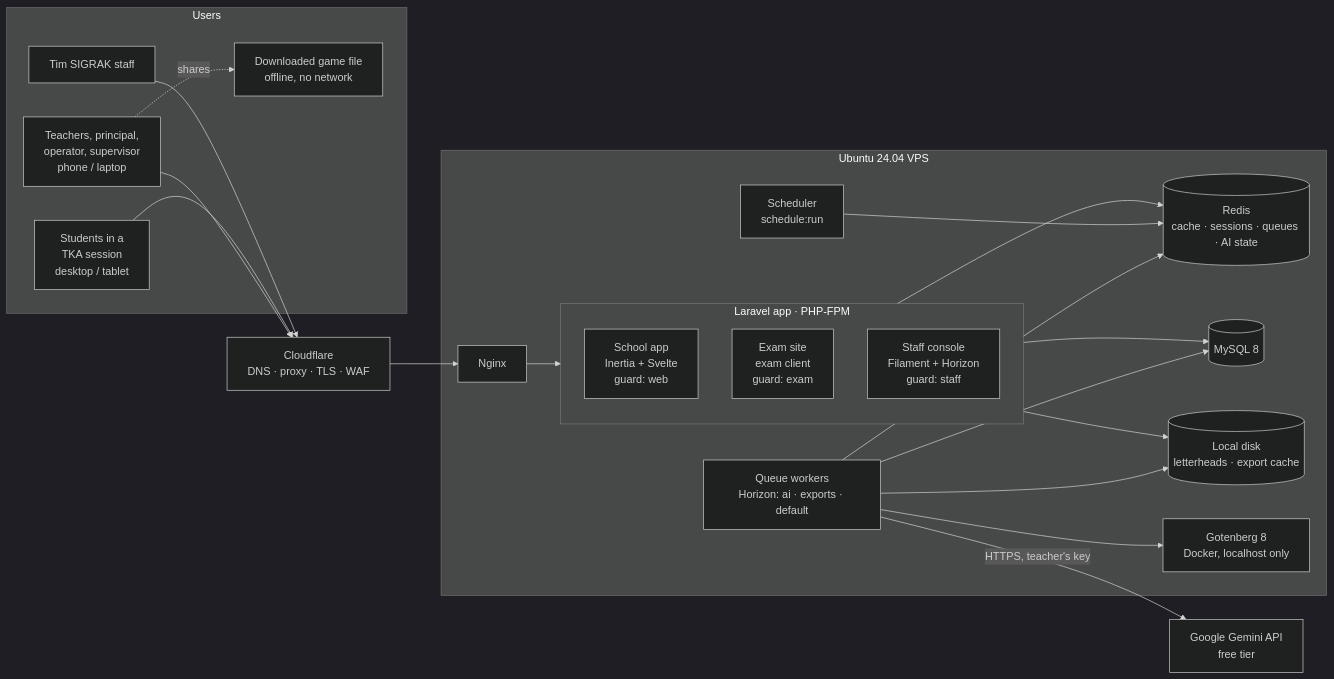
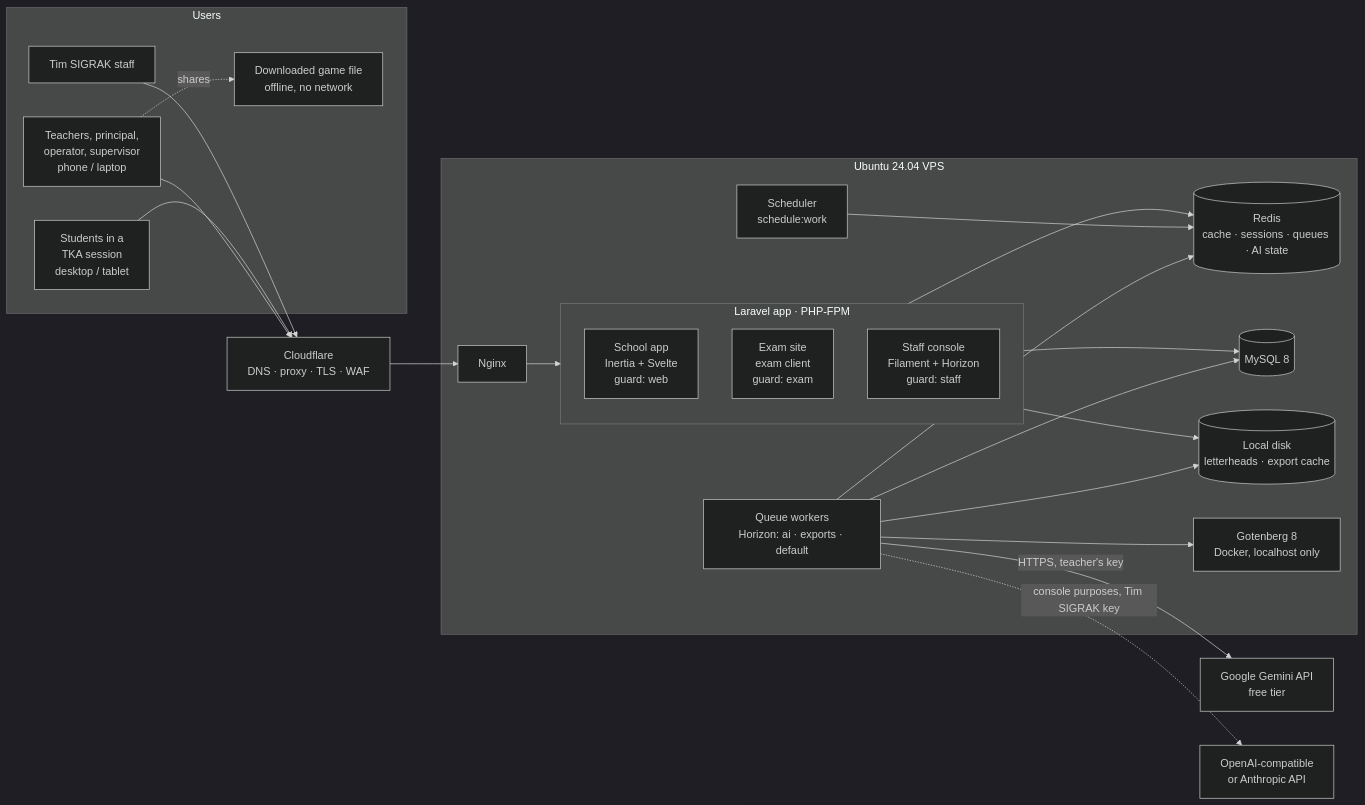
Before and after one commit to arumiforge/sinaubareng: the first of 3 diagrams in docs/pdf/src/architecture.md, drawn with Mermaid (dark theme). The commit also changed other lines of this file and 5 other files, not shown here.

Commit message:
P4-24: apply legacy upgrade, console, offline, OMR, and policy-layer decisions to architecture; scheduler wording in server-setup + PDFs

````diff
--- a/docs/pdf/src/architecture.md
+++ b/docs/pdf/src/architecture.md
@@ -20,42 +20,43 @@
 ```mermaid
 flowchart LR
     subgraph Users
         T[Teachers, principal,<br/>operator, supervisor<br/>phone / laptop]
         S[Students in a<br/>TKA session<br/>desktop / tablet]
         F[Tim SIGRAK staff]
         G[Downloaded game file<br/>offline, no network]
     end
 
     CF[Cloudflare<br/>DNS · proxy · TLS · WAF]
 
     T --> CF
     S --> CF
     F --> CF
     T -. shares .-> G
 
     subgraph VPS[Ubuntu 24.04 VPS]
         NG[Nginx]
         subgraph LARAVEL[Laravel app · PHP-FPM]
             APP[School app<br/>Inertia + Svelte<br/>guard: web]
             EXAM[Exam site<br/>exam client<br/>guard: exam]
             CON[Staff console<br/>Filament + Horizon<br/>guard: staff]
         end
         W[Queue workers<br/>Horizon: ai · exports · default]
-        SCH[Scheduler<br/>schedule:run]
+        SCH[Scheduler<br/>schedule:work]
         R[(Redis<br/>cache · sessions · queues · AI state)]
         DB[(MySQL 8)]
         FS[(Local disk<br/>letterheads · export cache)]
         GOT[Gotenberg 8<br/>Docker, localhost only]
     end
 
     CF --> NG --> LARAVEL
     LARAVEL --> R
     LARAVEL --> DB
     LARAVEL --> FS
     W --> R
     W --> DB
     W --> FS
     W --> GOT
     SCH --> R
     W -- HTTPS, teacher's key --> GEM[Google Gemini API<br/>free tier]
+    W -. console purposes, Tim SIGRAK key .-> OAI[OpenAI-compatible<br/>or Anthropic API]
 ```
````
